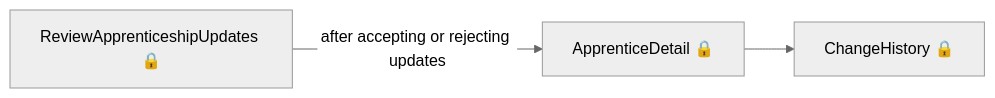
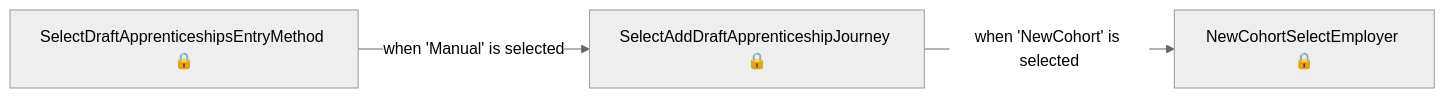
The fourth of 5 diagrams in das-providercommitments/user-journeys/user-journeys.md (talentconsulting/atlas-dfe), drawn with Mermaid (neutral theme) before and after one commit. The commit also changed other lines of this file and 22 other files, not shown here.

````diff
--- a/das-providercommitments/user-journeys/user-journeys.md
+++ b/das-providercommitments/user-journeys/user-journeys.md
@@ -97,5 +39,5 @@
 ```mermaid
 flowchart LR
-  p0["ReviewApprenticeshipUpdates 🔒"] -->|"after accepting or rejecting updates"| p1["ApprenticeDetail 🔒"]
-  p1["ApprenticeDetail 🔒"] --> p2["ChangeHistory 🔒"]
+  p0["SelectDraftApprenticeshipsEntryMethod 🔒"] -->|"when 'Manual' is selected"| p1["SelectAddDraftApprenticeshipJourney 🔒"]
+  p1["SelectAddDraftApprenticeshipJourney 🔒"] -->|"when 'NewCohort' is selected"| p2["NewCohortSelectEmployer 🔒"]
 ```
````
